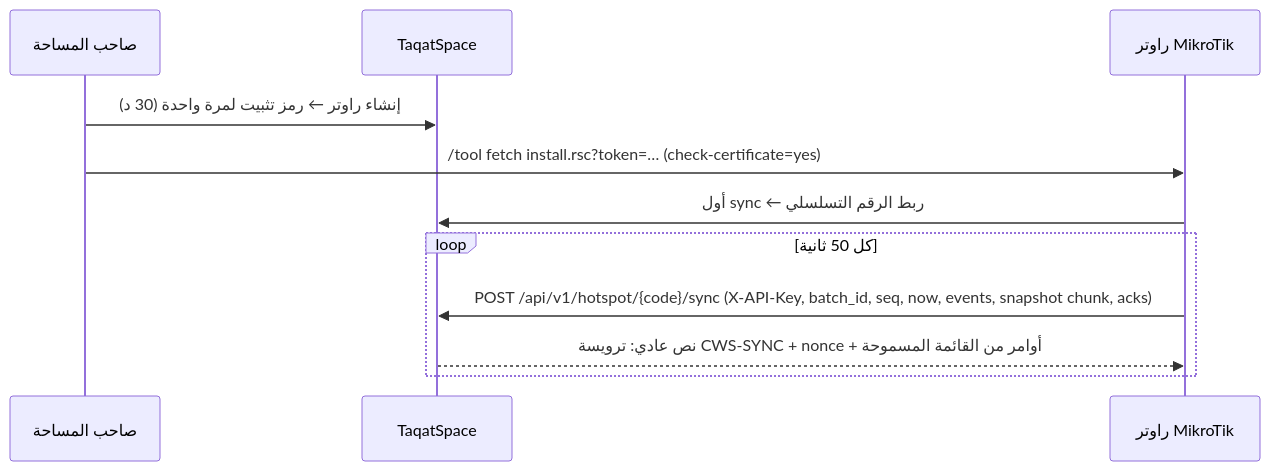
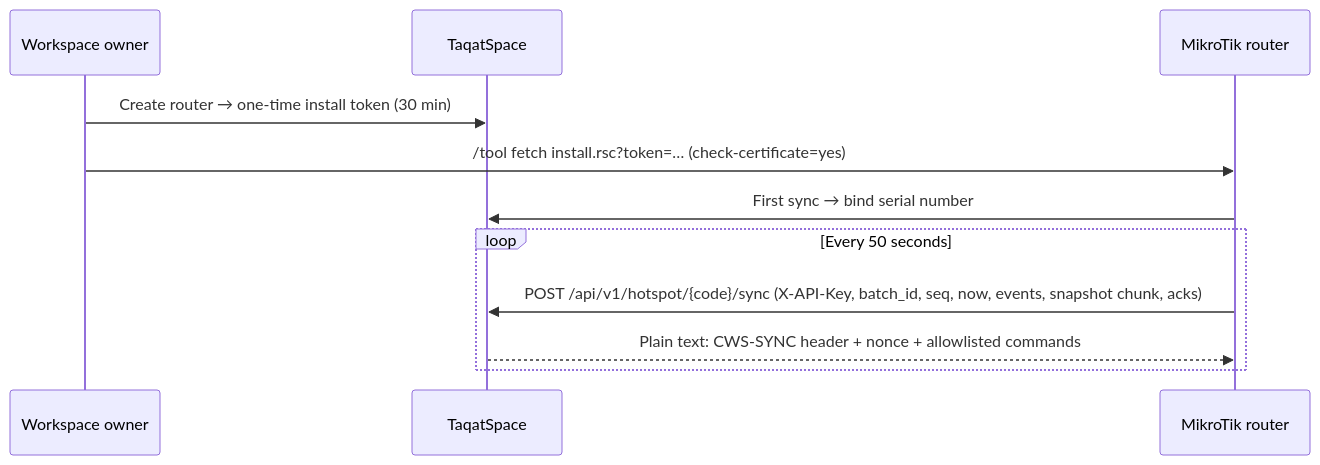
Before and after one commit to ahmaddev27/TAQATSPACE: the first of 2 diagrams in DOCS/new plan/TaqatSpace-Dev-Plan.md, drawn with Mermaid. The commit also changed other lines of this file and 10 other files, not shown here.

First line of the commit message:
docs: rewrite README for the roadmap phase and switch repo docs to English

````diff
--- a/DOCS/new plan/TaqatSpace-Dev-Plan.md
+++ b/DOCS/new plan/TaqatSpace-Dev-Plan.md
@@ -392,13 +392,13 @@
 ```mermaid
 sequenceDiagram
-  participant O as صاحب المساحة
+  participant O as Workspace owner
   participant S as TaqatSpace
-  participant R as راوتر MikroTik
-  O->>S: إنشاء راوتر ← رمز تثبيت لمرة واحدة (30 د)
+  participant R as MikroTik router
+  O->>S: Create router → one-time install token (30 min)
   O->>R: /tool fetch install.rsc?token=… (check-certificate=yes)
-  R->>S: أول sync ← ربط الرقم التسلسلي
-  loop كل 50 ثانية
+  R->>S: First sync → bind serial number
+  loop Every 50 seconds
     R->>S: POST /api/v1/hotspot/{code}/sync (X-API-Key, batch_id, seq, now, events, snapshot chunk, acks)
-    S-->>R: نص عادي: ترويسة CWS-SYNC + nonce + أوامر من القائمة المسموحة
+    S-->>R: Plain text: CWS-SYNC header + nonce + allowlisted commands
   end
 ```
````
